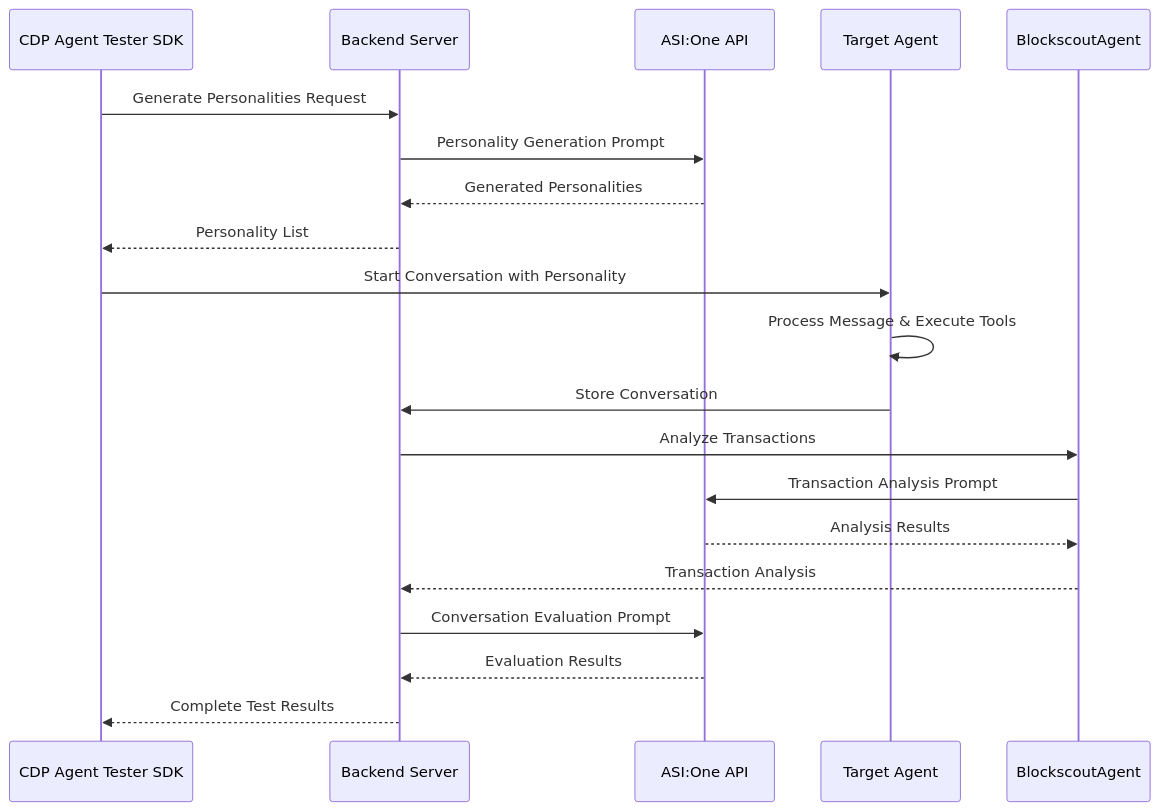
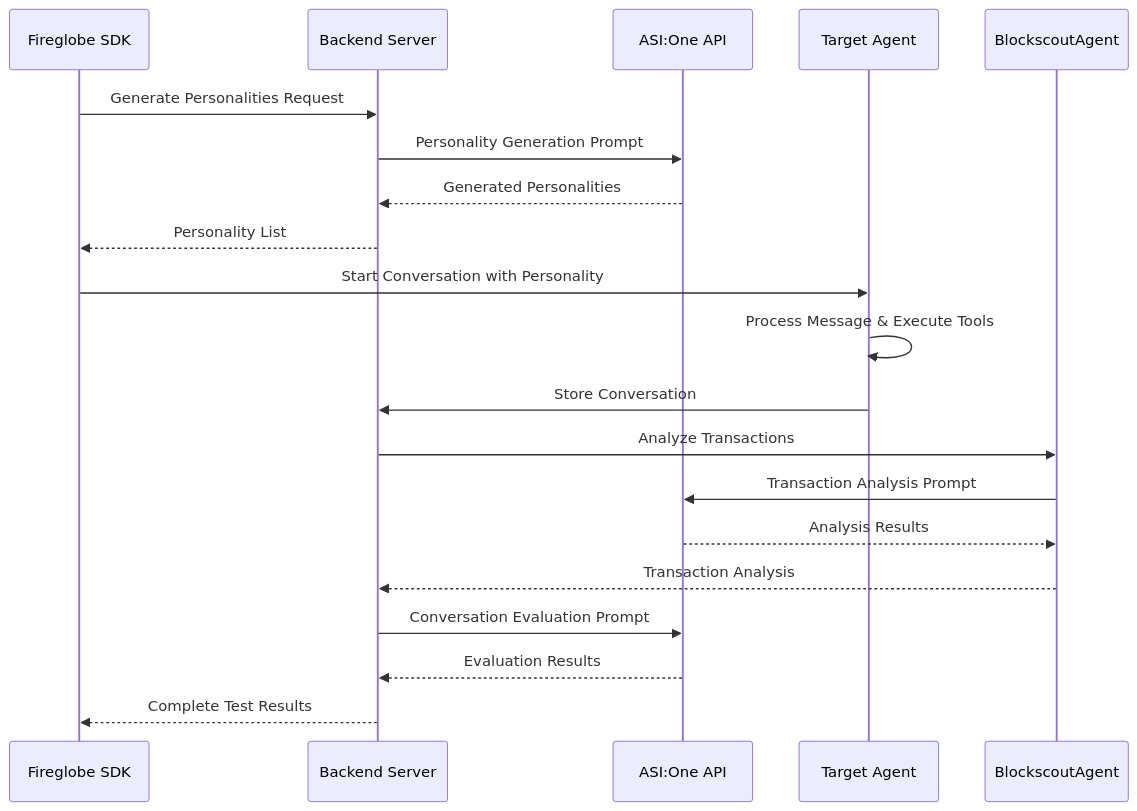
One commit to Marshal-AM/fireglobe changed the second of 3 diagrams in SDK/backend/ASI.md. Above: the diagram before and after it, drawn with Mermaid. The commit also changed other lines of this file, not shown here.

````diff
--- a/SDK/backend/ASI.md
+++ b/SDK/backend/ASI.md
@@ -258,26 +270,26 @@
 ```mermaid
 sequenceDiagram
-    participant SDK as CDP Agent Tester SDK
+    participant SDK as Fireglobe SDK
     participant Backend as Backend Server
     participant ASI as ASI:One API
     participant Agent as Target Agent
     participant Blockscout as BlockscoutAgent
     
     SDK->>Backend: Generate Personalities Request
     Backend->>ASI: Personality Generation Prompt
     ASI-->>Backend: Generated Personalities
     Backend-->>SDK: Personality List
     
     SDK->>Agent: Start Conversation with Personality
     Agent->>Agent: Process Message & Execute Tools
     
     Agent->>Backend: Store Conversation
     Backend->>Blockscout: Analyze Transactions
     Blockscout->>ASI: Transaction Analysis Prompt
     ASI-->>Blockscout: Analysis Results
     Blockscout-->>Backend: Transaction Analysis
     
     Backend->>ASI: Conversation Evaluation Prompt
     ASI-->>Backend: Evaluation Results
     Backend-->>SDK: Complete Test Results
 ```
````
